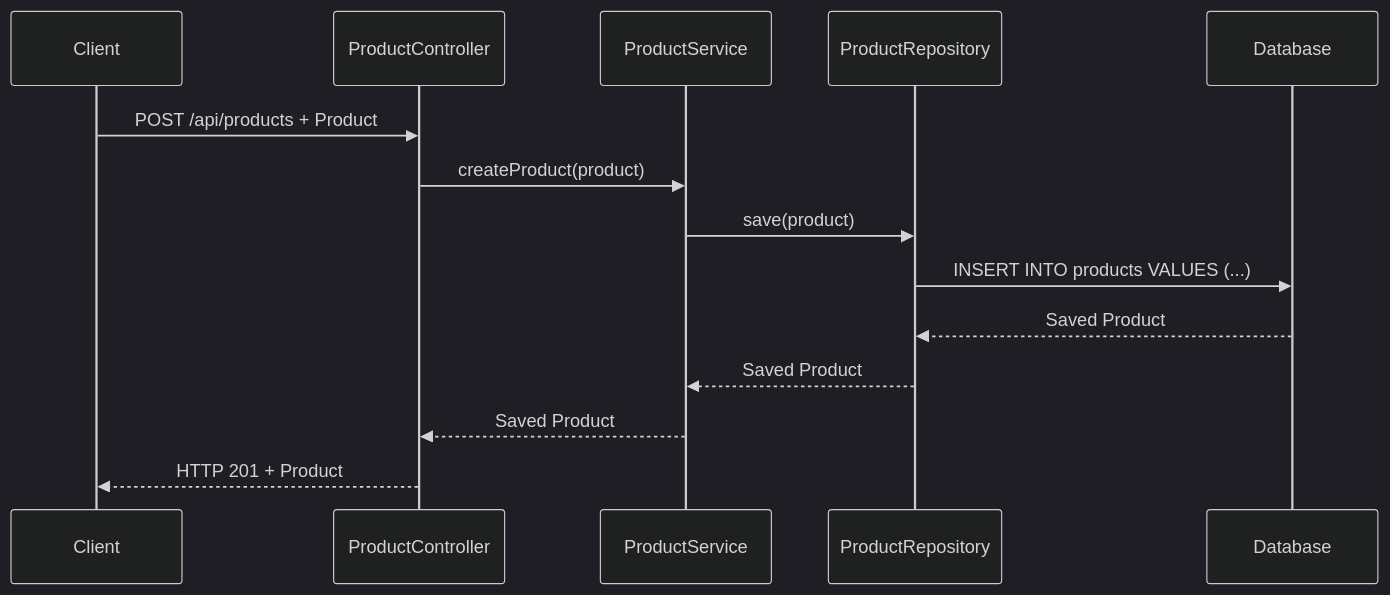
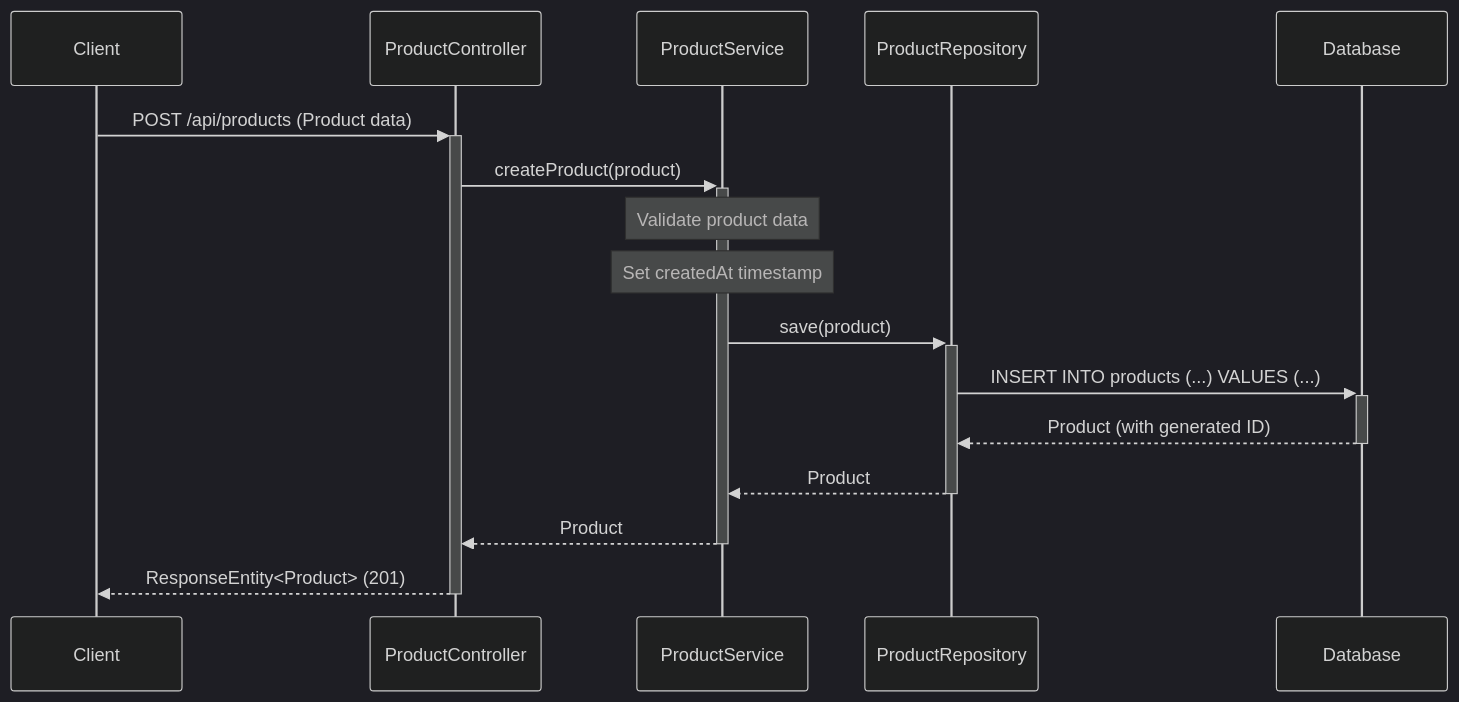
The fifth of 9 diagrams in docs/LLD/lld.md (NavneetBN47/aava-ecom-demo), drawn with Mermaid (dark theme) before and after one commit. The commit also changed other lines of this file, not shown here.

````diff
--- a/docs/LLD/lld.md
+++ b/docs/LLD/lld.md
@@ -182,17 +147,21 @@
 ```mermaid
 sequenceDiagram
     participant Client
     participant ProductController
     participant ProductService
     participant ProductRepository
     participant Database
     
-    Client->>ProductController: POST /api/products + Product
-    ProductController->>ProductService: createProduct(product)
-    ProductService->>ProductRepository: save(product)
-    ProductRepository->>Database: INSERT INTO products VALUES (...)
-    Database-->>ProductRepository: Saved Product
-    ProductRepository-->>ProductService: Saved Product
-    ProductService-->>ProductController: Saved Product
-    ProductController-->>Client: HTTP 201 + Product
+    Client->>+ProductController: POST /api/products (Product data)
+    ProductController->>+ProductService: createProduct(product)
+    
+    Note over ProductService: Validate product data
+    Note over ProductService: Set createdAt timestamp
+    
+    ProductService->>+ProductRepository: save(product)
+    ProductRepository->>+Database: INSERT INTO products (...) VALUES (...)
+    Database-->>-ProductRepository: Product (with generated ID)
+    ProductRepository-->>-ProductService: Product
+    ProductService-->>-ProductController: Product
+    ProductController-->>-Client: ResponseEntity<Product> (201)
 ```
````
